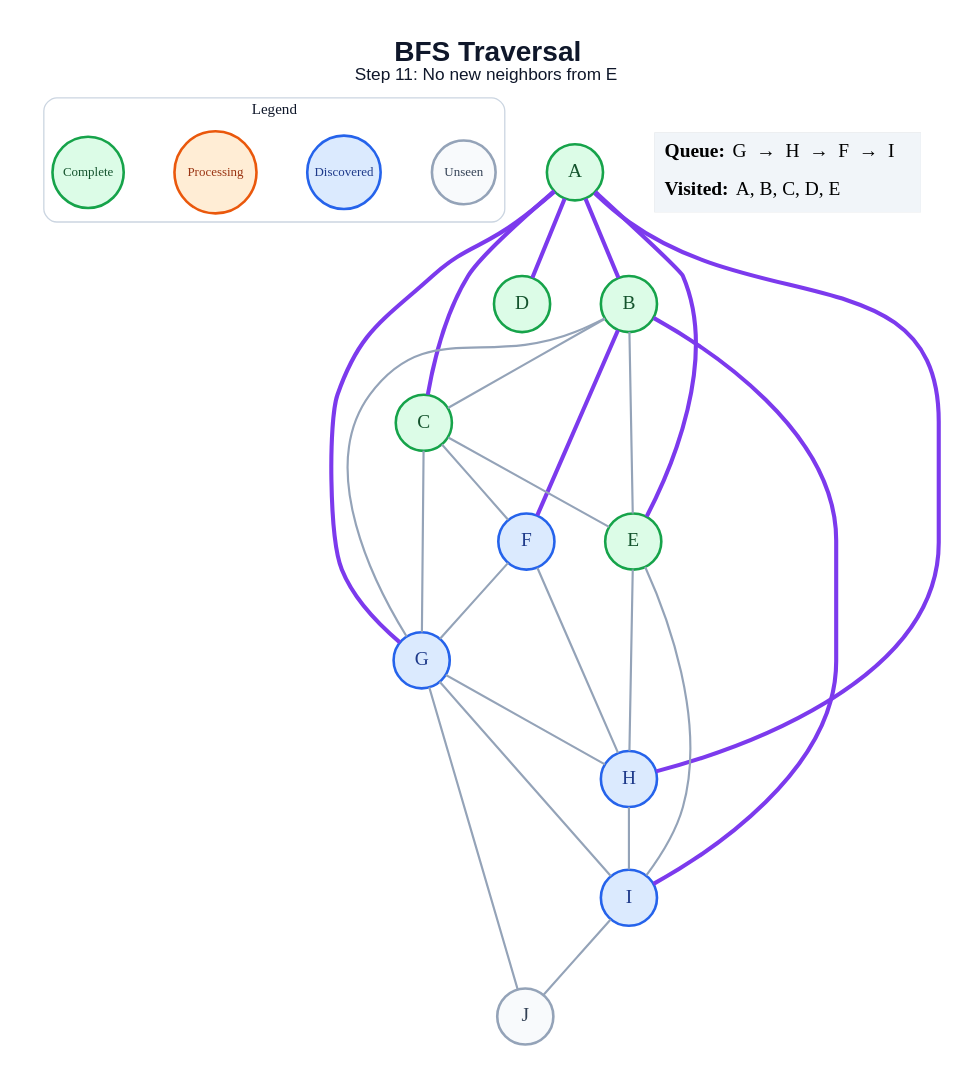
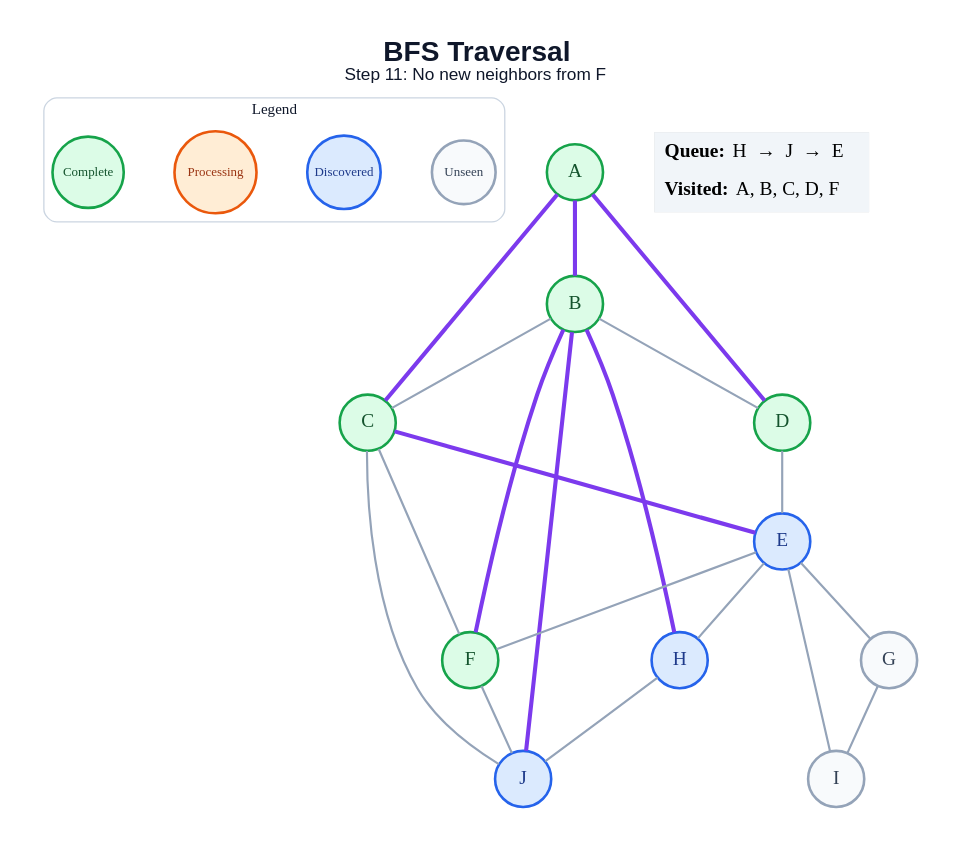
One commit to amanghodawala9/ai-slop changed the diagram in generated/bfs/step_11.dot. Above: the diagram before and after it, drawn with Graphviz. The commit also changed 178 other files, not shown here.

```diff
--- a/generated/bfs/step_11.dot
+++ b/generated/bfs/step_11.dot
@@ -1,52 +1,48 @@
 graph traversal {
   graph [layout=dot, rankdir=TB, bgcolor="#FFFFFF", pad="0.35", nodesep="0.65", ranksep="0.8", fontname="Arial"];
   node [shape=circle, style="filled", fontname="Arial Bold", fontsize=18, width=0.72, fixedsize=true, penwidth=2.4];
   edge [color="#94A3B8", penwidth=2.0];
-  label=<<B>BFS Traversal</B><BR/><FONT POINT-SIZE="16">Step 11: No new neighbors from E</FONT>>; labelloc="t"; fontsize=26; fontname="Arial"; fontcolor="#0F172A";
+  label=<<B>BFS Traversal</B><BR/><FONT POINT-SIZE="16">Step 11: No new neighbors from F</FONT>>; labelloc="t"; fontsize=26; fontname="Arial"; fontcolor="#0F172A";
   subgraph cluster_legend { label="Legend"; color="#CBD5E1"; penwidth=1.2; style="rounded"; fontsize=14; fontname="Arial Bold";
     key_unseen [label="Unseen", fillcolor="#F8FAFC", color="#94A3B8", fontcolor="#334155", fontsize=12, width=0.82];
     key_frontier [label="Discovered", fillcolor="#DBEAFE", color="#2563EB", fontcolor="#1E3A8A", fontsize=12, width=0.95];
     key_current [label="Processing", fillcolor="#FFEDD5", color="#EA580C", fontcolor="#9A3412", fontsize=12, width=1.05];
     key_done [label="Complete", fillcolor="#DCFCE7", color="#16A34A", fontcolor="#14532D", fontsize=12, width=0.92];
     { rank=same; key_unseen; key_frontier; key_current; key_done; }
   }
   A [fillcolor="#DCFCE7", color="#16A34A", fontcolor="#14532D"];
   B [fillcolor="#DCFCE7", color="#16A34A", fontcolor="#14532D"];
   C [fillcolor="#DCFCE7", color="#16A34A", fontcolor="#14532D"];
   D [fillcolor="#DCFCE7", color="#16A34A", fontcolor="#14532D"];
-  E [fillcolor="#DCFCE7", color="#16A34A", fontcolor="#14532D"];
-  F [fillcolor="#DBEAFE", color="#2563EB", fontcolor="#1E3A8A"];
-  G [fillcolor="#DBEAFE", color="#2563EB", fontcolor="#1E3A8A"];
+  E [fillcolor="#DBEAFE", color="#2563EB", fontcolor="#1E3A8A"];
+  F [fillcolor="#DCFCE7", color="#16A34A", fontcolor="#14532D"];
+  G [fillcolor="#F8FAFC", color="#94A3B8", fontcolor="#334155"];
   H [fillcolor="#DBEAFE", color="#2563EB", fontcolor="#1E3A8A"];
-  I [fillcolor="#DBEAFE", color="#2563EB", fontcolor="#1E3A8A"];
-  J [fillcolor="#F8FAFC", color="#94A3B8", fontcolor="#334155"];
+  I [fillcolor="#F8FAFC", color="#94A3B8", fontcolor="#334155"];
+  J [fillcolor="#DBEAFE", color="#2563EB", fontcolor="#1E3A8A"];
   A -- B [color="#7C3AED", penwidth=3.8];
   A -- C [color="#7C3AED", penwidth=3.8];
   A -- D [color="#7C3AED", penwidth=3.8];
-  A -- E [color="#7C3AED", penwidth=3.8];
-  A -- G [color="#7C3AED", penwidth=3.8];
-  A -- H [color="#7C3AED", penwidth=3.8];
   B -- C;
-  B -- E;
+  B -- D;
   B -- F [color="#7C3AED", penwidth=3.8];
-  B -- G;
-  B -- I [color="#7C3AED", penwidth=3.8];
-  C -- E;
+  B -- H [color="#7C3AED", penwidth=3.8];
+  B -- J [color="#7C3AED", penwidth=3.8];
+  C -- E [color="#7C3AED", penwidth=3.8];
   C -- F;
-  C -- G;
+  C -- J;
+  D -- E;
+  E -- F;
+  E -- G;
   E -- H;
   E -- I;
-  F -- G;
-  F -- H;
-  G -- H;
+  F -- J;
   G -- I;
-  G -- J;
-  H -- I;
-  I -- J;
+  H -- J;
   status [shape=plain, fixedsize=false, width=0, height=0, margin=0, label=<
     <TABLE BORDER="0" CELLBORDER="0" CELLPADDING="7" BGCOLOR="#F1F5F9">
-      <TR><TD ALIGN="LEFT"><B>Queue:</B> G  →  H  →  F  →  I</TD></TR>
-      <TR><TD ALIGN="LEFT"><B>Visited:</B> A, B, C, D, E</TD></TR>
+      <TR><TD ALIGN="LEFT"><B>Queue:</B> H  →  J  →  E</TD></TR>
+      <TR><TD ALIGN="LEFT"><B>Visited:</B> A, B, C, D, F</TD></TR>
     </TABLE>
   >];
 }
```
